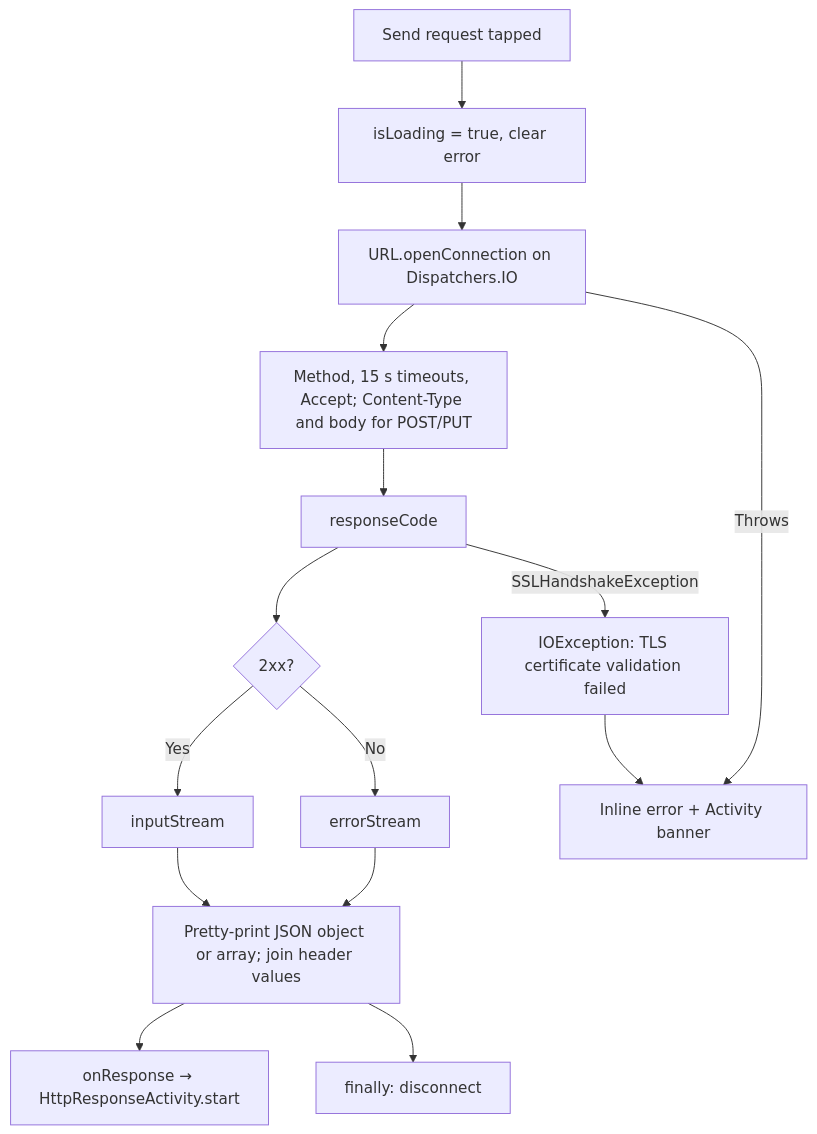
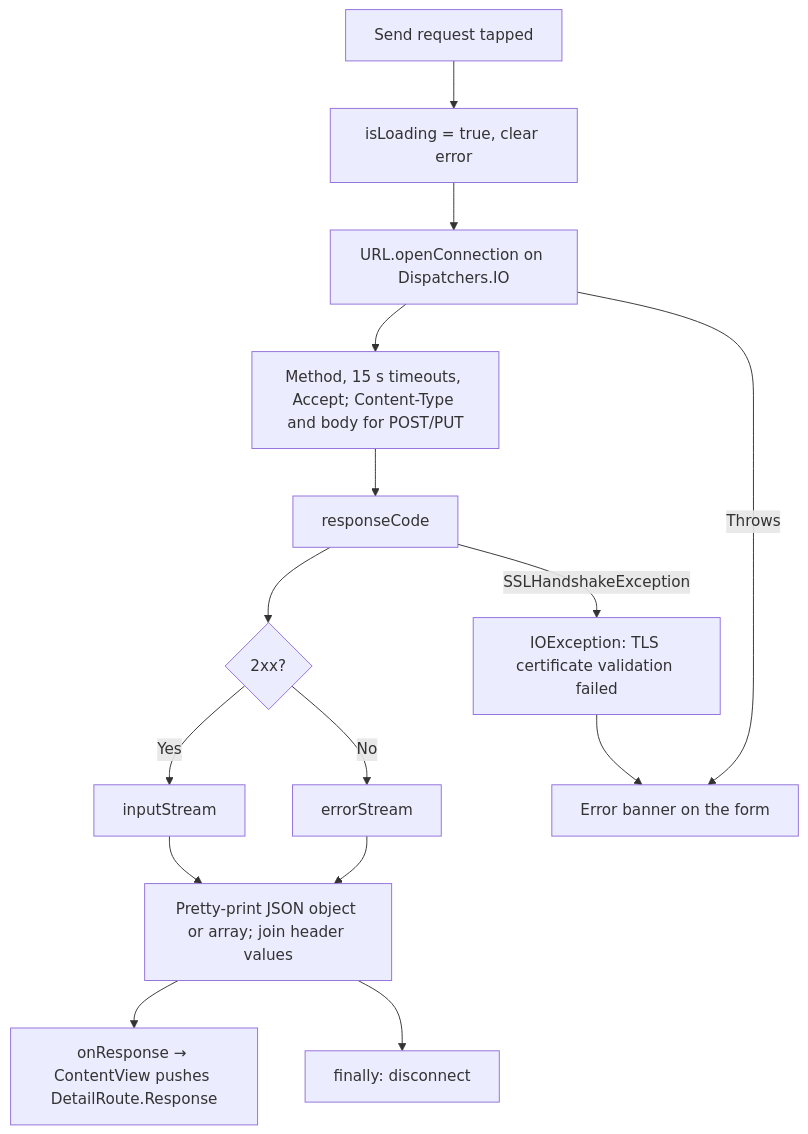
The diagram in doc/specs/features/httpclient/httpurlconnection/httpurlconnection_detail_design.md (gjp-ai/gjp-lab-android-kotlin), drawn with Mermaid before and after one commit. The commit also changed other lines of this file and 46 other files, not shown here.

````diff
--- a/doc/specs/features/httpclient/httpurlconnection/httpurlconnection_detail_design.md
+++ b/doc/specs/features/httpclient/httpurlconnection/httpurlconnection_detail_design.md
@@ -39,16 +38,16 @@
 ```mermaid
 flowchart TD
     Send[Send request tapped] --> Loading[isLoading = true, clear error]
     Loading --> Open[URL.openConnection on Dispatchers.IO]
     Open --> Configure[Method, 15 s timeouts, Accept; Content-Type and body for POST/PUT]
     Configure --> Code[responseCode]
     Code --> Stream{2xx?}
     Stream -->|Yes| Input[inputStream]
     Stream -->|No| Error[errorStream]
     Input --> Format[Pretty-print JSON object or array; join header values]
     Error --> Format
-    Format --> Response[onResponse → HttpResponseActivity.start]
-    Open -->|Throws| Failed[Inline error + Activity banner]
+    Format --> Response[onResponse → ContentView pushes DetailRoute.Response]
+    Open -->|Throws| Failed[Error banner on the form]
     Code -->|SSLHandshakeException| Tls[IOException: TLS certificate validation failed] --> Failed
     Format --> Disconnect[finally: disconnect]
 ```
````
